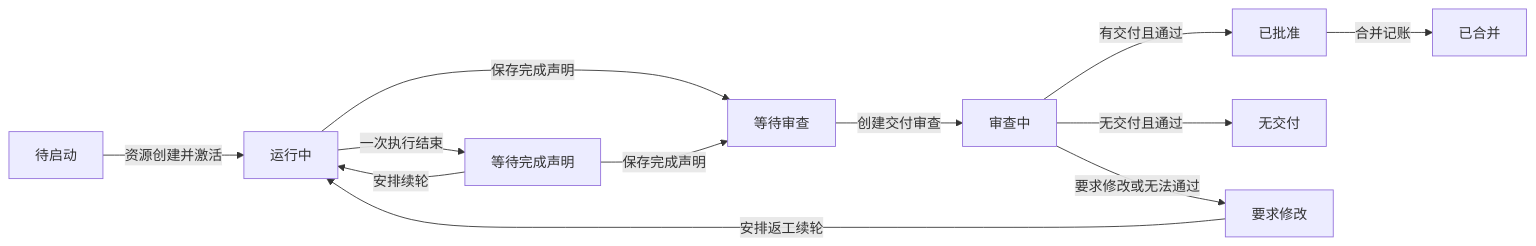
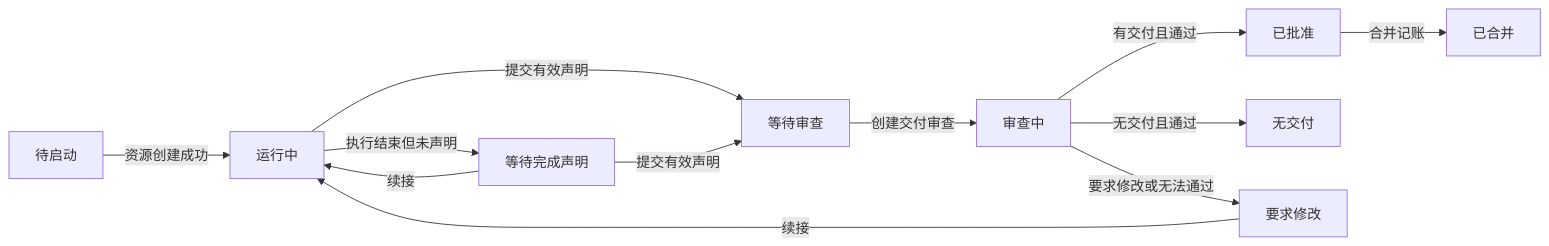
Before and after one commit to ZR233/pure-lang: the third of 3 diagrams in design/16-task-orchestration.md, drawn with Mermaid. The commit also changed other lines of this file, not shown here.

````diff
--- a/design/16-task-orchestration.md
+++ b/design/16-task-orchestration.md
@@ -369,14 +581,14 @@
 ```mermaid
 flowchart LR
-    P[待启动] -->|资源创建并激活| R[运行中]
-    R -->|一次执行结束| A[等待完成声明]
-    A -->|安排续轮| R
-    R -->|保存完成声明| Q[等待审查]
-    A -->|保存完成声明| Q
+    P[待启动] -->|资源创建成功| R[运行中]
+    R -->|执行结束但未声明| A[等待完成声明]
+    A -->|续接| R
+    R -->|提交有效声明| Q[等待审查]
+    A -->|提交有效声明| Q
     Q -->|创建交付审查| V[审查中]
-    V -->|有交付且通过| OK[已批准]
+    V -->|有交付且通过| AP[已批准]
     V -->|无交付且通过| ND[无交付]
     V -->|要求修改或无法通过| CR[要求修改]
-    CR -->|安排返工续轮| R
-    OK -->|合并记账| MG[已合并]
+    CR -->|续接| R
+    AP -->|合并记账| MG[已合并]
 ```
````
